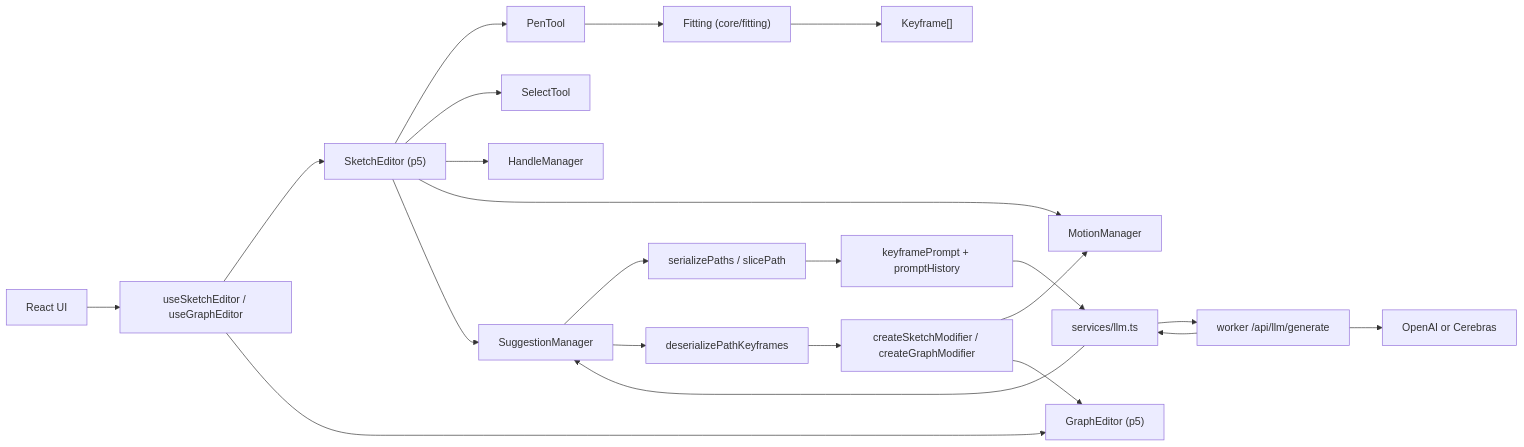
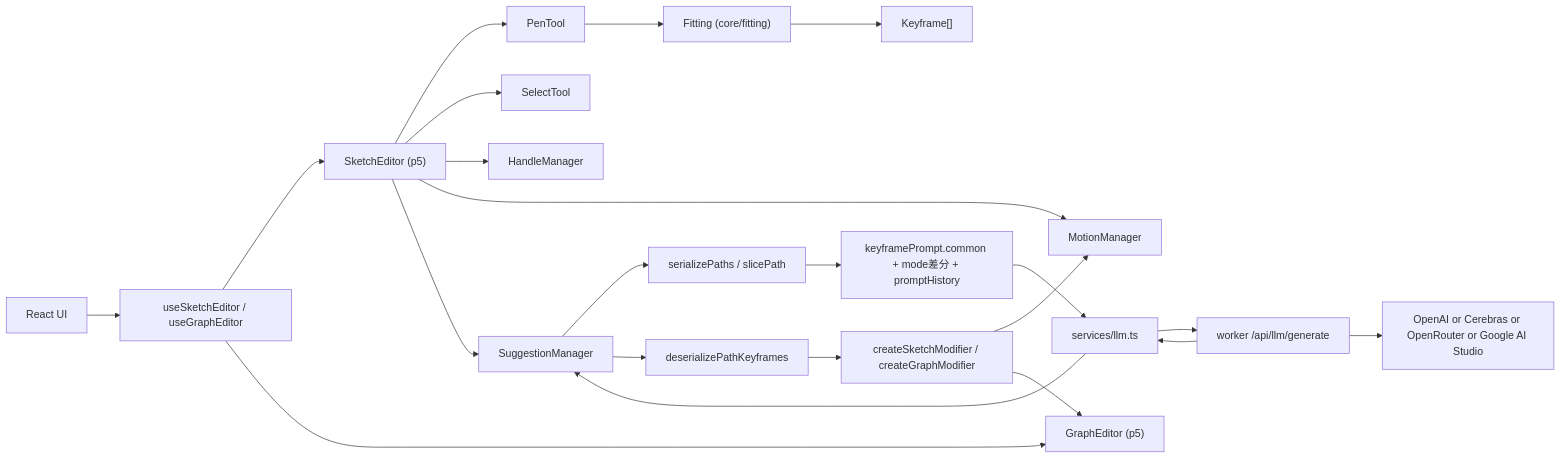
One commit to PMGWork/mophrase changed the diagram in docs/architecture.md. Above: the diagram before and after it, drawn with Mermaid. The commit also changed other lines of this file and 21 other files, not shown here.

````diff
--- a/docs/architecture.md
+++ b/docs/architecture.md
@@ -29,28 +29,28 @@
 ```mermaid
 flowchart LR
   UI["React UI"] --> Hooks["useSketchEditor / useGraphEditor"]
   Hooks --> Sketch["SketchEditor (p5)"]
   Hooks --> Graph["GraphEditor (p5)"]
 
   Sketch --> Pen["PenTool"]
   Sketch --> Select["SelectTool"]
   Sketch --> Handle["HandleManager"]
   Sketch --> Motion["MotionManager"]
   Sketch --> Suggestion["SuggestionManager"]
 
   Pen --> Fitting["Fitting (core/fitting)"]
   Fitting --> Keyframe["Keyframe[]"]
 
   Suggestion --> Serialize["serializePaths / slicePath"]
-  Serialize --> Prompt["keyframePrompt + promptHistory"]
+  Serialize --> Prompt["keyframePrompt.common + mode差分 + promptHistory"]
   Prompt --> LLMClient["services/llm.ts"]
   LLMClient --> Worker["worker /api/llm/generate"]
-  Worker --> Provider["OpenAI or Cerebras"]
+  Worker --> Provider["OpenAI or Cerebras or OpenRouter or Google AI Studio"]
   Worker --> LLMClient
   LLMClient --> Suggestion
 
   Suggestion --> Deserialize["deserializePathKeyframes"]
   Deserialize --> Modifier["createSketchModifier / createGraphModifier"]
   Modifier --> Motion
   Modifier --> Graph
 ```
````
